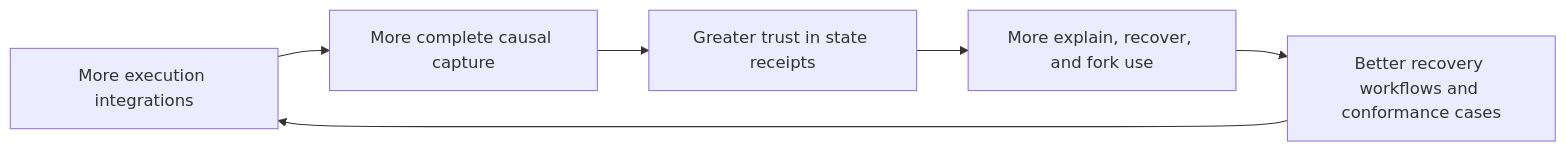
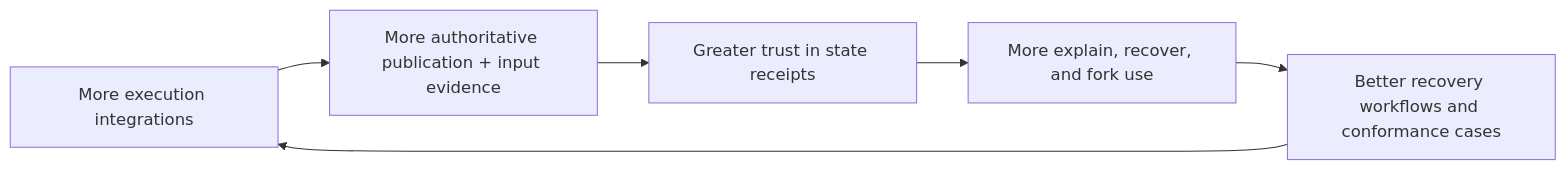
The third of 4 diagrams in PITCH.md (surrealdb-dev/surrealfs), drawn with Mermaid before and after one commit. The commit also changed other lines of this file and 121 other files, not shown here.

````diff
--- a/PITCH.md
+++ b/PITCH.md
@@ -206,8 +270,8 @@
 ```mermaid
 flowchart LR
-    I["More execution integrations"] --> C["More complete causal capture"]
+    I["More execution integrations"] --> C["More authoritative publication + input evidence"]
     C --> T["Greater trust in state receipts"]
     T --> W["More explain, recover, and fork use"]
     W --> R["Better recovery workflows and conformance cases"]
     R --> I
 ```
````
